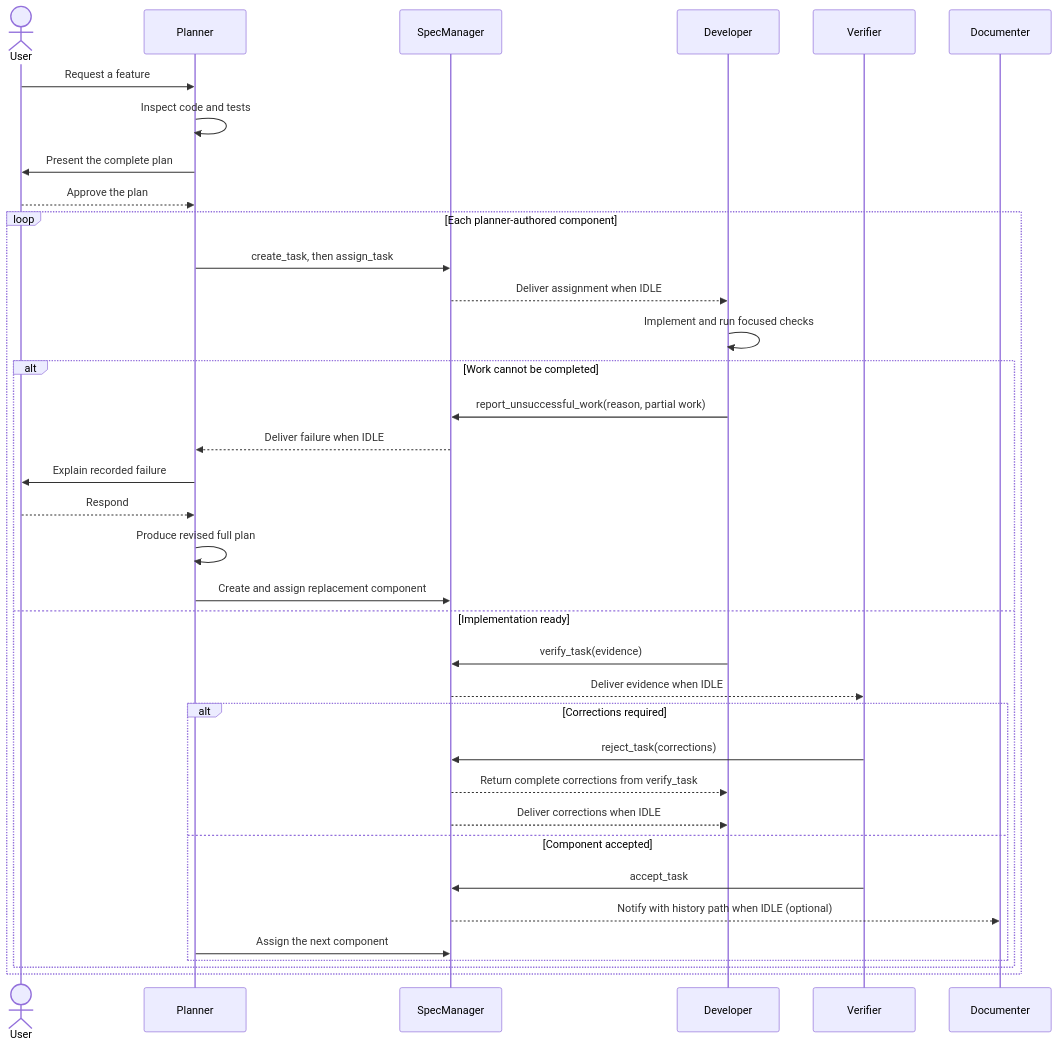
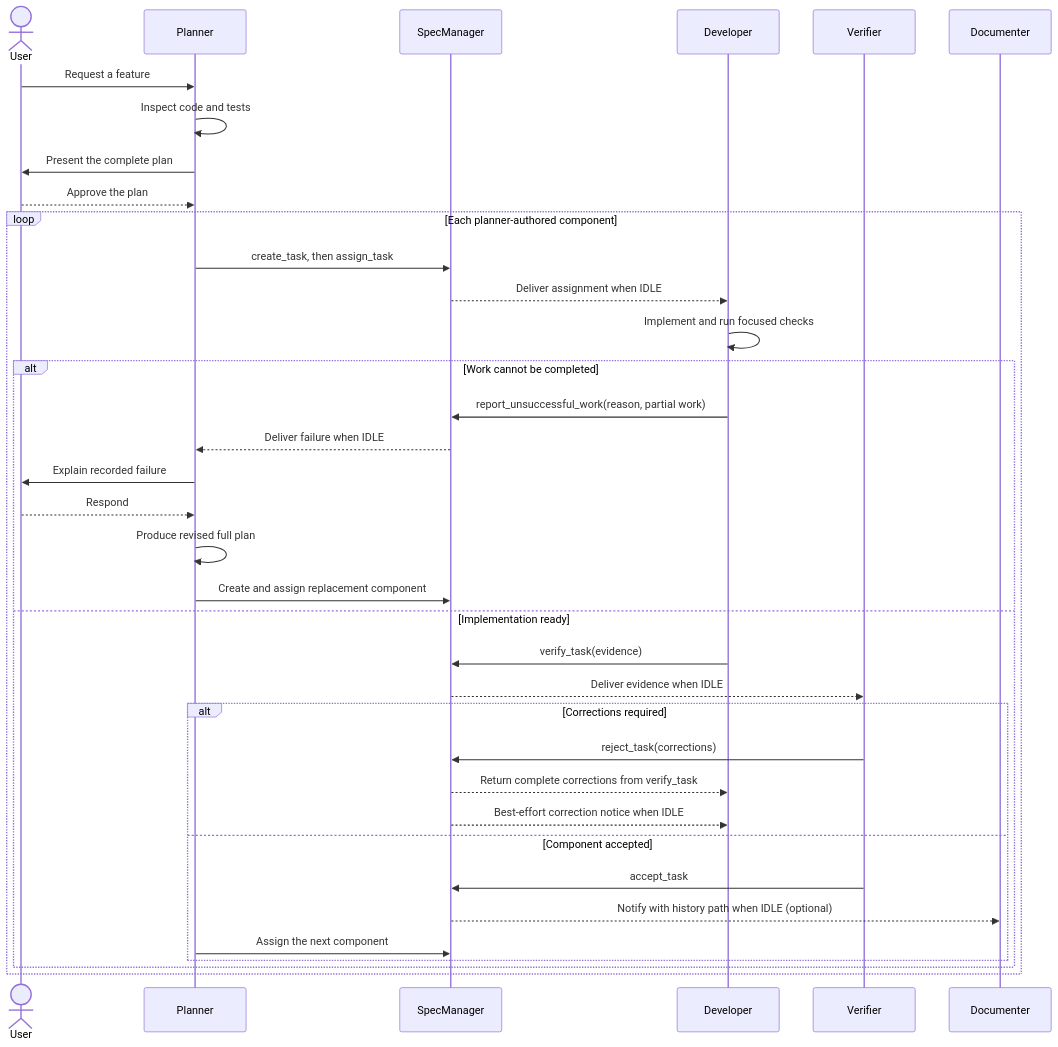
Before and after one commit to nullspace1/pairo-loops: the diagram in example/SPEC_MANAGER_WORKFLOW.md, drawn with Mermaid. The commit also changed other lines of this file and 34 other files, not shown here.

````diff
--- a/example/SPEC_MANAGER_WORKFLOW.md
+++ b/example/SPEC_MANAGER_WORKFLOW.md
@@ -27,39 +27,39 @@
 ```mermaid
 sequenceDiagram
     actor User
     participant Planner
     participant SpecManager
     participant Developer
     participant Verifier
     participant Documenter
 
     User->>Planner: Request a feature
     Planner->>Planner: Inspect code and tests
     Planner->>User: Present the complete plan
     User-->>Planner: Approve the plan
     loop Each planner-authored component
         Planner->>SpecManager: create_task, then assign_task
         SpecManager-->>Developer: Deliver assignment when IDLE
         Developer->>Developer: Implement and run focused checks
         alt Work cannot be completed
             Developer->>SpecManager: report_unsuccessful_work(reason, partial work)
             SpecManager-->>Planner: Deliver failure when IDLE
             Planner->>User: Explain recorded failure
             User-->>Planner: Respond
             Planner->>Planner: Produce revised full plan
             Planner->>SpecManager: Create and assign replacement component
         else Implementation ready
             Developer->>SpecManager: verify_task(evidence)
             SpecManager-->>Verifier: Deliver evidence when IDLE
             alt Corrections required
                 Verifier->>SpecManager: reject_task(corrections)
                 SpecManager-->>Developer: Return complete corrections from verify_task
-                SpecManager-->>Developer: Deliver corrections when IDLE
+                SpecManager-->>Developer: Best-effort correction notice when IDLE
             else Component accepted
                 Verifier->>SpecManager: accept_task
                 SpecManager-->>Documenter: Notify with history path when IDLE (optional)
                 Planner->>SpecManager: Assign the next component
             end
         end
     end
 ```
````
